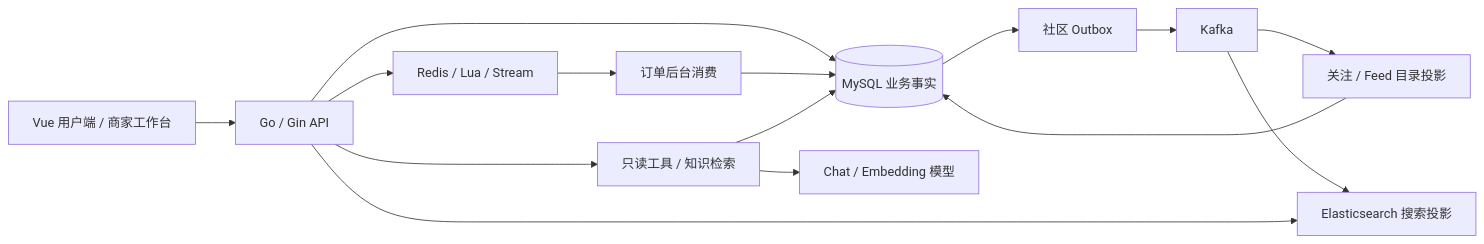
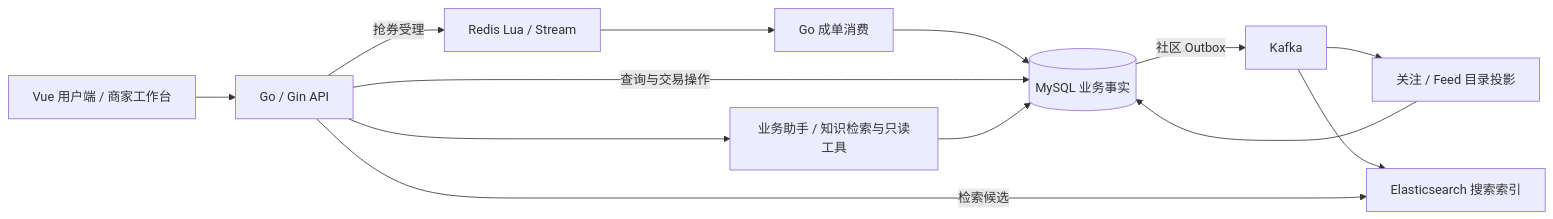
Before and after one commit to tech-cove01/project-full-stack: the diagram in README.md, drawn with Mermaid. The commit also changed other lines of this file, not shown here.

````diff
--- a/README.md
+++ b/README.md
@@ -73,17 +39,15 @@
 ```mermaid
 flowchart LR
-    UI[Vue 用户端 / 商家工作台] --> API[Go / Gin API]
-    API --> DB[(MySQL 业务事实)]
-    API --> Redis[Redis / Lua / Stream]
-    Redis --> Orders[订单后台消费]
-    Orders --> DB
-    DB --> Outbox[社区 Outbox]
-    Outbox --> Kafka[Kafka]
-    Kafka --> Projection[关注 / Feed 目录投影]
-    Projection --> DB
-    Kafka --> ES[Elasticsearch 搜索投影]
-    API --> ES
-    API --> AI[只读工具 / 知识检索]
+    UI["Vue 用户端 / 商家工作台"] --> API["Go / Gin API"]
+    API -->|抢券受理| Gate["Redis Lua / Stream"]
+    Gate --> Order["Go 成单消费"]
+    Order --> DB[("MySQL 业务事实")]
+    API -->|查询与交易操作| DB
+    DB -->|社区 Outbox| Kafka["Kafka"]
+    Kafka --> Feed["关注 / Feed 目录投影"]
+    Feed --> DB
+    Kafka --> ES["Elasticsearch 搜索索引"]
+    API -->|检索候选| ES
+    API --> AI["业务助手 / 知识检索与只读工具"]
     AI --> DB
-    AI --> Model[Chat / Embedding 模型]
 ```
````
